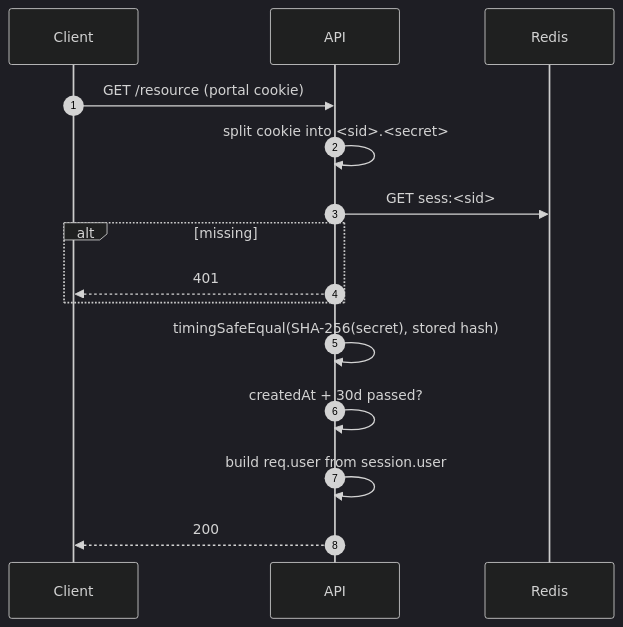
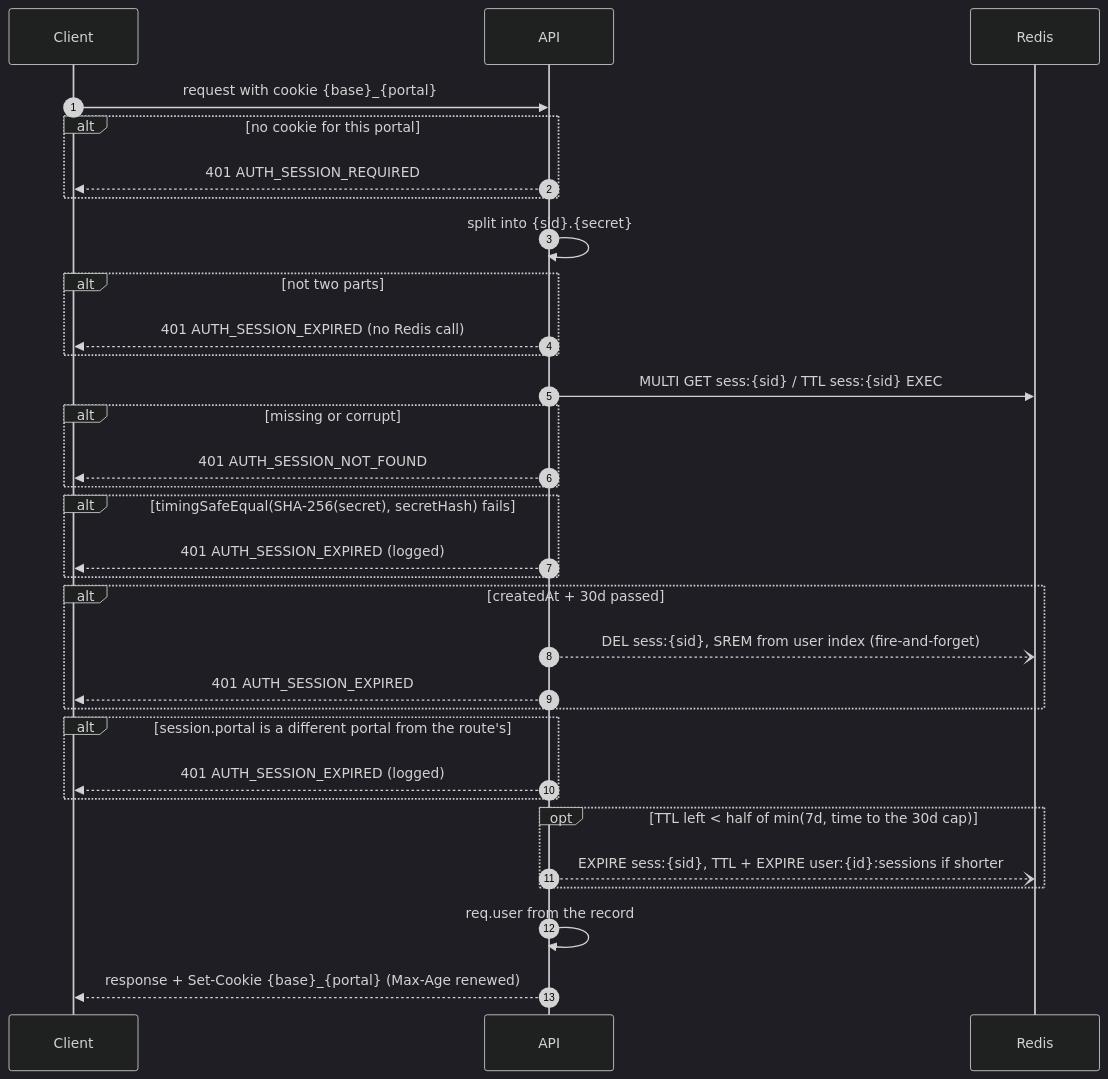
Before and after one commit to sufyan-devs/init-server-nodejs: the second of 4 diagrams in docs/modules/auth/flows.md, drawn with Mermaid (dark theme). The commit also changed other lines of this file and 136 other files, not shown here.

````diff
--- a/docs/modules/auth/flows.md
+++ b/docs/modules/auth/flows.md
@@ -57,18 +116,35 @@
 ```mermaid
 sequenceDiagram
   autonumber
   participant C as Client
   participant A as API
   participant R as Redis
 
-  C->>A: GET /resource (portal cookie)
-  A->>A: split cookie into <sid>.<secret>
-  A->>R: GET sess:<sid>
-  alt missing
-    A-->>C: 401
+  C->>A: request with cookie {base}_{portal}
+  alt no cookie for this portal
+    A-->>C: 401 AUTH_SESSION_REQUIRED
   end
-  A->>A: timingSafeEqual(SHA-256(secret), stored hash)
-  A->>A: createdAt + 30d passed?
-  A->>A: build req.user from session.user
-  A-->>C: 200
+  A->>A: split into {sid}.{secret}
+  alt not two parts
+    A-->>C: 401 AUTH_SESSION_EXPIRED (no Redis call)
+  end
+  A->>R: MULTI GET sess:{sid} / TTL sess:{sid} EXEC
+  alt missing or corrupt
+    A-->>C: 401 AUTH_SESSION_NOT_FOUND
+  end
+  alt timingSafeEqual(SHA-256(secret), secretHash) fails
+    A-->>C: 401 AUTH_SESSION_EXPIRED (logged)
+  end
+  alt createdAt + 30d passed
+    A--)R: DEL sess:{sid}, SREM from user index (fire-and-forget)
+    A-->>C: 401 AUTH_SESSION_EXPIRED
+  end
+  alt session.portal is a different portal from the route's
+    A-->>C: 401 AUTH_SESSION_EXPIRED (logged)
+  end
+  opt TTL left < half of min(7d, time to the 30d cap)
+    A--)R: EXPIRE sess:{sid}, TTL + EXPIRE user:{id}:sessions if shorter
+  end
+  A->>A: req.user from the record
+  A-->>C: response + Set-Cookie {base}_{portal} (Max-Age renewed)
 ```
````
